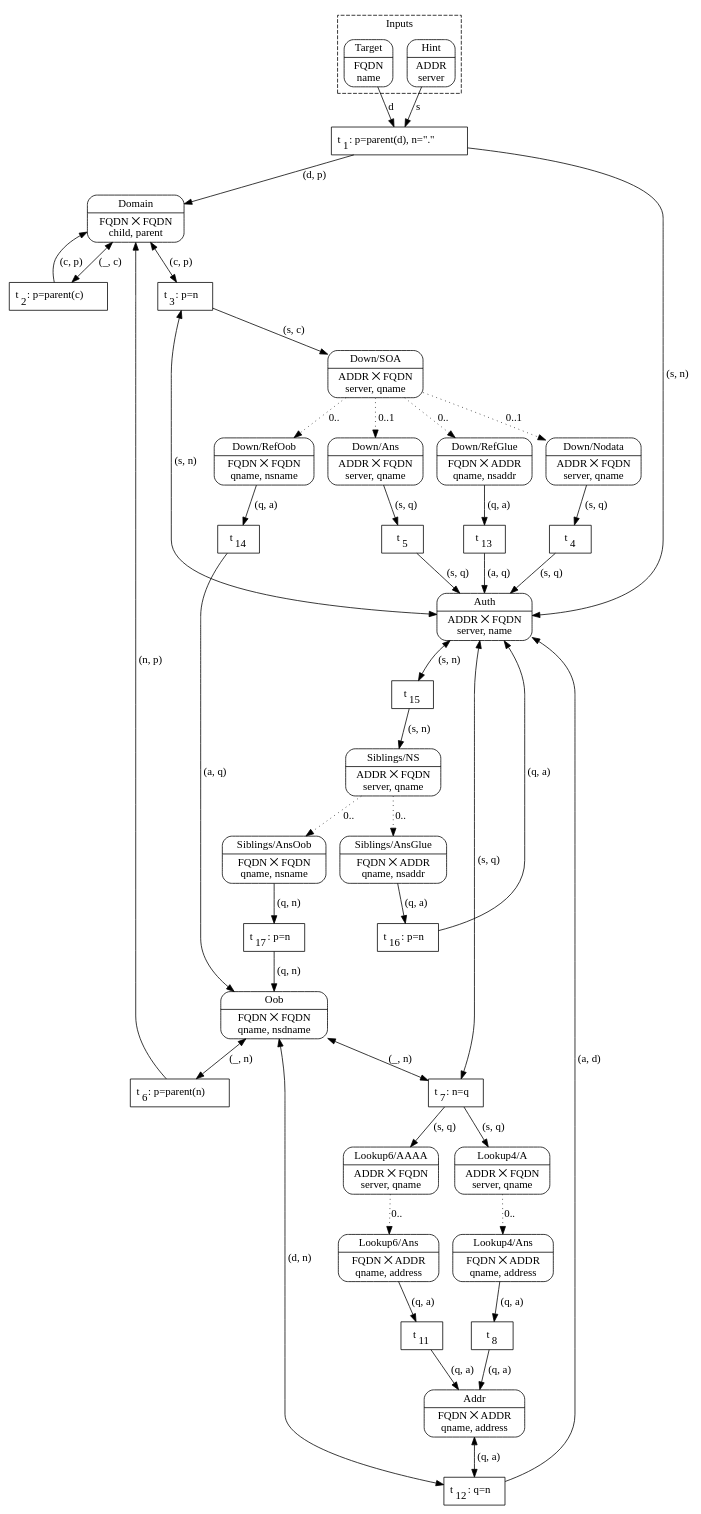
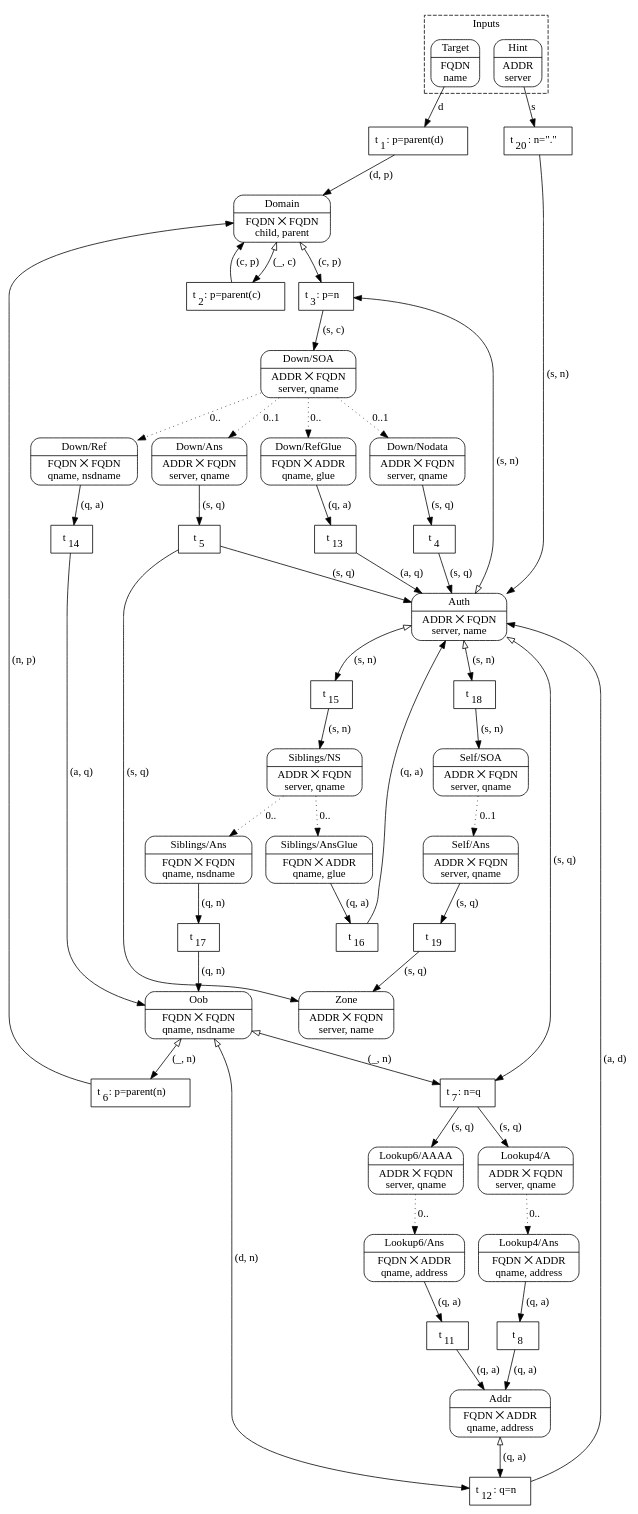
Before and after one commit to mattias-p/topo: the diagram in topo.dot, drawn with Graphviz. The commit also changed 2 other files, not shown here.

Commit message:
Clarify the notation in the diagram

```diff
--- a/topo.dot
+++ b/topo.dot
@@ -1,117 +1,136 @@
 digraph Algorithm {
     compound=true
     node [shape=Mrecord, style=filled, fillcolor=white]
+    edge [arrowtail=empty]
 
     subgraph cluster_Inputs {
         label="Inputs"
         style="dashed"
 
         Target [label="{Target|FQDN\nname}"]
         Hint   [label="{Hint|ADDR\nserver}"]
     }
 
     subgraph Down {
         Down_send   [label="{Down/SOA|ADDR ⨉ FQDN\nserver, qname}"]
         Down_nodata [label="{Down/Nodata|ADDR ⨉ FQDN\nserver, qname}"]
         Down_answer [label="{Down/Ans|ADDR ⨉ FQDN\nserver, qname}"]
-        Down_glue   [label="{Down/RefGlue|FQDN ⨉ ADDR\nqname, nsaddr}"]
-        Down_oob    [label="{Down/RefOob|FQDN ⨉ FQDN\nqname, nsname}"]
+        Down_glue   [label="{Down/RefGlue|FQDN ⨉ ADDR\nqname, glue}"]
+        Down_ref    [label="{Down/Ref|FQDN ⨉ FQDN\nqname, nsdname}"]
         Down_send -> Down_nodata [label="0..1", style=dotted]
         Down_send -> Down_answer [label="0..1", style=dotted]
         Down_send -> Down_glue [label="0..", style=dotted]
-        Down_send -> Down_oob [label="0..", style=dotted]
+        Down_send -> Down_ref [label="0..", style=dotted]
     }
 
     subgraph Siblings {
         Siblings_send [label="{Siblings/NS|ADDR ⨉ FQDN\nserver, qname}"]
-        Siblings_glue [label="{Siblings/AnsGlue|FQDN ⨉ ADDR\nqname, nsaddr}"]
-        Siblings_oob  [label="{Siblings/AnsOob|FQDN ⨉ FQDN\nqname, nsname}"]
+        Siblings_glue [label="{Siblings/AnsGlue|FQDN ⨉ ADDR\nqname, glue}"]
+        Siblings_ans  [label="{Siblings/Ans|FQDN ⨉ FQDN\nqname, nsdname}"]
         Siblings_send -> Siblings_glue [label="0..", style=dotted]
-        Siblings_send -> Siblings_oob [label="0..", style=dotted]
+        Siblings_send -> Siblings_ans [label="0..", style=dotted]
+    }
+
+    subgraph Self {
+        Self_send   [label="{Self/SOA|ADDR ⨉ FQDN\nserver, qname}"]
+        Self_answer [label="{Self/Ans|ADDR ⨉ FQDN\nserver, qname}"]
+        Self_send -> Self_answer [label="0..1", style=dotted]
     }
 
     subgraph Lookup4 {
         Lookup4_send   [label="{Lookup4/A|ADDR ⨉ FQDN\nserver, qname}"]
         Lookup4_answer [label="{Lookup4/Ans|FQDN ⨉ ADDR\nqname, address}"]
         Lookup4_send -> Lookup4_answer [label="0..", style=dotted]
     }
 
     subgraph Lookup6 {
         Lookup6_send   [label="{Lookup6/AAAA|ADDR ⨉ FQDN\nserver, qname}"]
         Lookup6_answer [label="{Lookup6/Ans|FQDN ⨉ ADDR\nqname, address}"]
         Lookup6_send -> Lookup6_answer [label="0..", style=dotted]
     }
 
-    Domain       [label="{Domain|FQDN ⨉ FQDN\nchild, parent}"]
-    Auth         [label="{Auth|ADDR ⨉ FQDN\nserver, name}"]
-    Oob          [label="{Oob|FQDN ⨉ FQDN\nqname, nsdname}"]
-    Addr         [label="{Addr|FQDN ⨉ ADDR\nqname, address}"]
+    Domain [label="{Domain|FQDN ⨉ FQDN\nchild, parent}"]
+    Auth   [label="{Auth|ADDR ⨉ FQDN\nserver, name}"]
+    Zone   [label="{Zone|ADDR ⨉ FQDN\nserver, name}"]
+    Oob    [label="{Oob|FQDN ⨉ FQDN\nqname, nsdname}"]
+    Addr   [label="{Addr|FQDN ⨉ ADDR\nqname, address}"]
 
     node [shape=record]
 
     Target -> t1 [label="d"]
-    Hint -> t1 [label="s"]
-    t1 [label=<t<SUB>1</SUB>: p=parent(d), n=".">]
+    t1 [label=< t<SUB>1</SUB>: p=parent(d) >]
     t1 -> Domain [label="(d, p)"]
-    t1 -> Auth [label="(s, n)"]
+
+    Hint -> t20 [label="s"]
+    t20 [label=< t<SUB>20</SUB>: n="." >]
+    t20 -> Auth [label="(s, n)"]
 
     Domain -> t2 [label="(_, c)", dir=both]
     t2 [label=<t<SUB>2</SUB>: p=parent(c)>]
     t2 -> Domain [label="(c, p)"]
 
     Domain -> t3 [label="(c, p)", dir=both]
     Auth -> t3 [label="(s, n)", dir=both]
     t3 [label=<t<SUB>3</SUB>: p=n>]
     t3 -> Down_send [label="(s, c)"]
 
     Down_nodata -> t4 [label="(s, q)"]
     t4 [label=< t<SUB>4</SUB> >]
     t4 -> Auth [label="(s, q)"]
 
     Down_answer -> t5 [label="(s, q)"]
     t5 [label=< t<SUB>5</SUB> >]
     t5 -> Auth [label="(s, q)"]
+    t5 -> Zone [label="(s, q)"]
 
     Down_glue -> t13 [label="(q, a)"]
     t13 [label=< t<SUB>13</SUB> >]
     t13 -> Auth [label="(a, q)"]
 
-    Down_oob -> t14 [label="(q, a)"]
+    Down_ref -> t14 [label="(q, a)"]
     t14 [label=< t<SUB>14</SUB> >]
     t14 -> Oob [label="(a, q)"]
 
     Oob -> t6 [label="(_, n)", dir=both]
     t6 [label=<t<SUB>6</SUB>: p=parent(n)>]
     t6 -> Domain [label="(n, p)"]
 
     Oob -> t7 [label="(_, n)", dir=both]
     Auth -> t7 [label="(s, q)", dir=both]
     t7 [label=<t<SUB>7</SUB>: n=q>]
     t7 -> Lookup6_send [label="(s, q)"]
     t7 -> Lookup4_send [label="(s, q)"]
 
     Lookup4_answer -> t8 [label="(q, a)"]
     t8 [label=< t<SUB>8</SUB> >]
     t8 -> Addr [label="(q, a)"]
 
     Lookup6_answer -> t11 [label="(q, a)"]
     t11 [label=< t<SUB>11</SUB> >]
     t11 -> Addr [label="(q, a)"]
 
     Addr -> t12 [label="(q, a)", dir=both]
     Oob -> t12 [label="(d, n)", dir=both]
     t12 [label=<t<SUB>12</SUB>: q=n>]
     t12 -> Auth [label="(a, d)"]
 
+    Auth -> t18 [label="(s, n)", dir=both]
+    t18 [label=< t<SUB>18</SUB> >]
+    t18 -> Self_send [label="(s, n)"]
+
+    Self_answer -> t19 [label="(s, q)"]
+    t19 [label=< t<SUB>19</SUB> >]
+    t19 -> Zone [label="(s, q)"]
+
     Auth -> t15 [label="(s, n)", dir=both]
     t15 [label=< t<SUB>15</SUB> >]
     t15 -> Siblings_send [label="(s, n)"]
 
     Siblings_glue -> t16 [label="(q, a)"]
-    t16 [label=<t<SUB>16</SUB>: p=n>]
+    t16 [label=< t<SUB>16</SUB> >]
     t16 -> Auth [label="(q, a)"]
 
-    Siblings_oob -> t17 [label="(q, n)"]
-    t17 [label=<t<SUB>17</SUB>: p=n>]
+    Siblings_ans -> t17 [label="(q, n)"]
+    t17 [label=< t<SUB>17</SUB> >]
     t17 -> Oob [label="(q, n)"]
 } 
```
